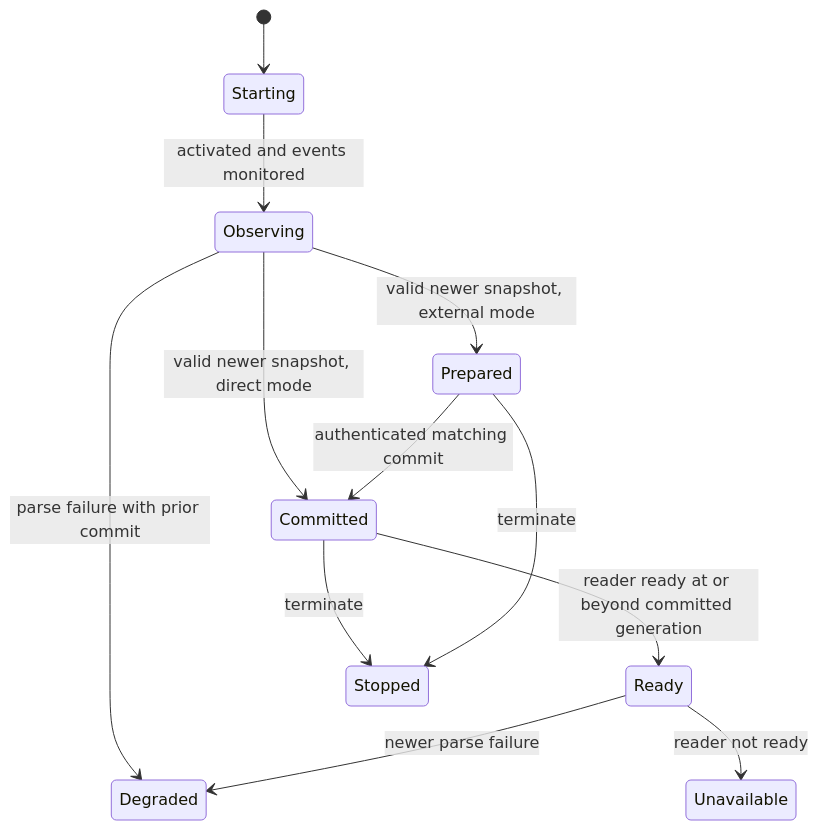
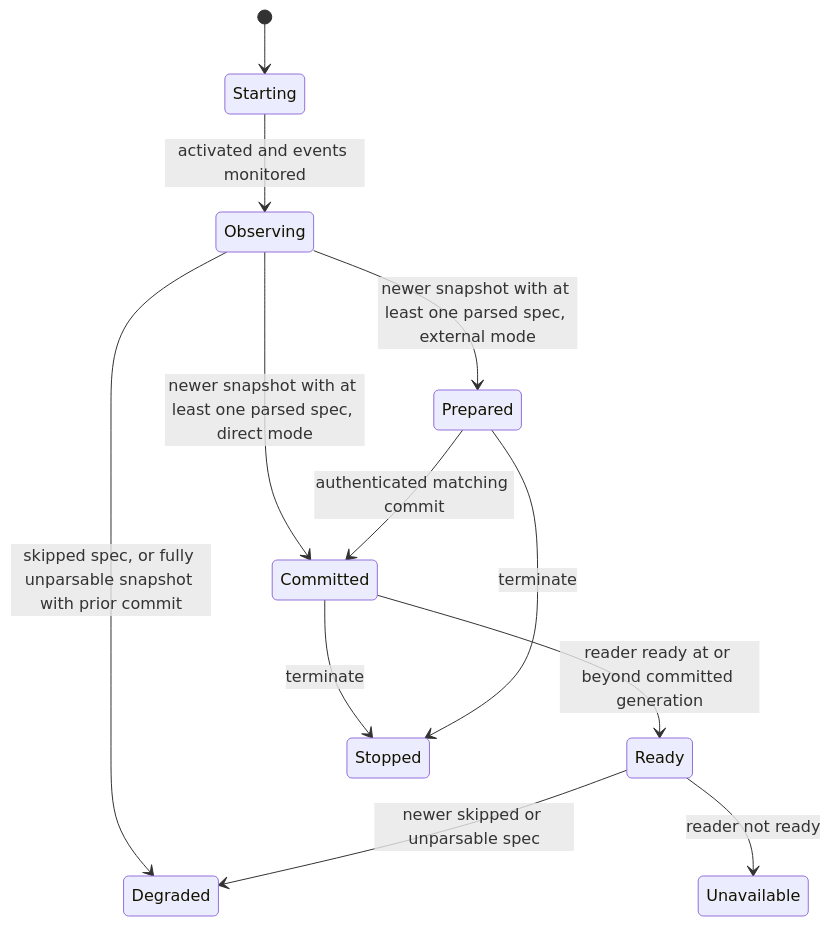
Before and after one commit to HarishHary/blink: the fifth of 5 diagrams in docs/internals/snapshot-runtime.md, drawn with Mermaid. The commit also changed other lines of this file and 3 other files, not shown here.

````diff
--- a/docs/internals/snapshot-runtime.md
+++ b/docs/internals/snapshot-runtime.md
@@ -140,14 +140,14 @@
 ```mermaid
 stateDiagram-v2
     [*] --> Starting
     Starting --> Observing: activated and events monitored
-    Observing --> Prepared: valid newer snapshot, external mode
-    Observing --> Committed: valid newer snapshot, direct mode
+    Observing --> Prepared: newer snapshot with at least one parsed spec, external mode
+    Observing --> Committed: newer snapshot with at least one parsed spec, direct mode
     Prepared --> Committed: authenticated matching commit
-    Observing --> Degraded: parse failure with prior commit
+    Observing --> Degraded: skipped spec, or fully unparsable snapshot with prior commit
     Committed --> Ready: reader ready at or beyond committed generation
-    Ready --> Degraded: newer parse failure
+    Ready --> Degraded: newer skipped or unparsable spec
     Ready --> Unavailable: reader not ready
     Committed --> Stopped: terminate
     Prepared --> Stopped: terminate
 ```
````
